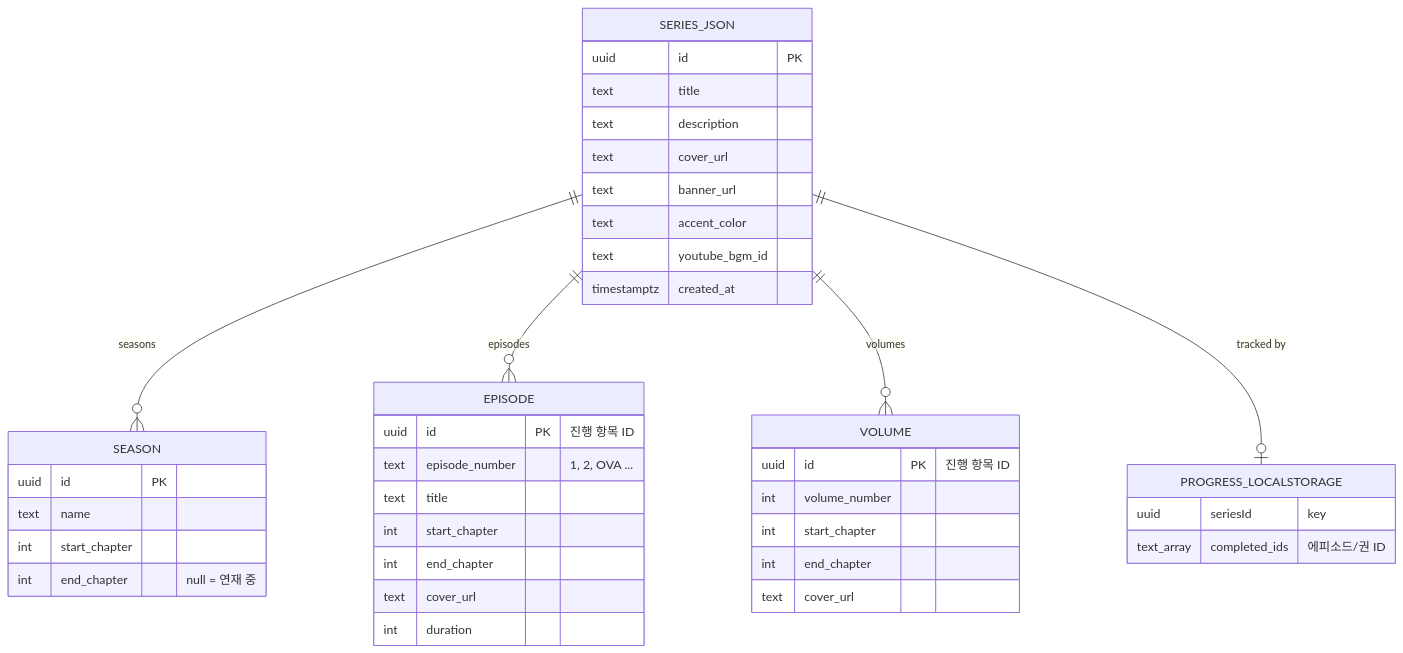
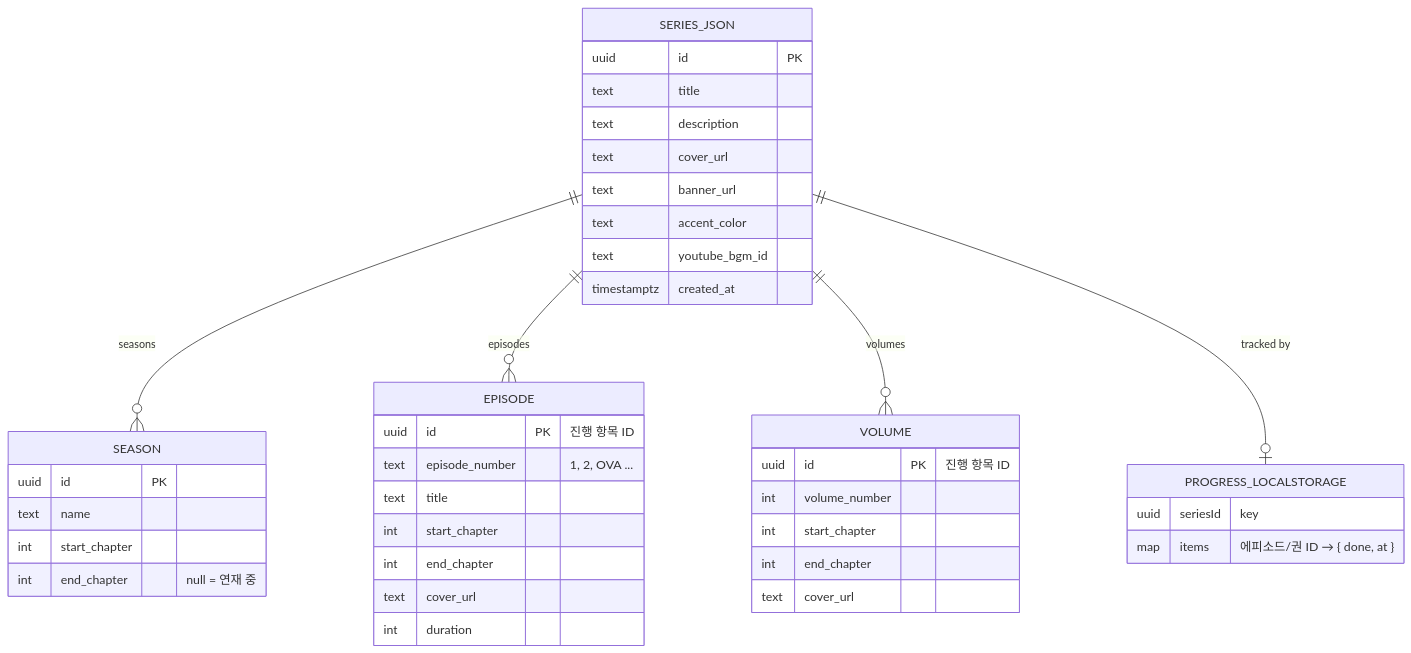
The second of 3 diagrams in README.md (KINGJNU-sakayume/AniMan), drawn with Mermaid before and after one commit. The commit also changed other lines of this file and 4 other files, not shown here.

````diff
--- a/README.md
+++ b/README.md
@@ -72,43 +75,43 @@
 ```mermaid
 erDiagram
     SERIES_JSON {
         uuid id PK
         text title
         text description
         text cover_url
         text banner_url
         text accent_color
         text youtube_bgm_id
         timestamptz created_at
     }
     SEASON {
         uuid id PK
         text name
         int start_chapter
         int end_chapter "null = 연재 중"
     }
     EPISODE {
         uuid id PK "진행 항목 ID"
         text episode_number "1, 2, OVA ..."
         text title
         int start_chapter
         int end_chapter
         text cover_url
         int duration
     }
     VOLUME {
         uuid id PK "진행 항목 ID"
         int volume_number
         int start_chapter
         int end_chapter
         text cover_url
     }
     PROGRESS_LOCALSTORAGE {
         uuid seriesId "key"
-        text_array completed_ids "에피소드/권 ID"
+        map items "에피소드/권 ID → { done, at }"
     }
     SERIES_JSON ||--o{ SEASON : seasons
     SERIES_JSON ||--o{ EPISODE : episodes
     SERIES_JSON ||--o{ VOLUME : volumes
     SERIES_JSON ||--o| PROGRESS_LOCALSTORAGE : "tracked by"
 ```
````
